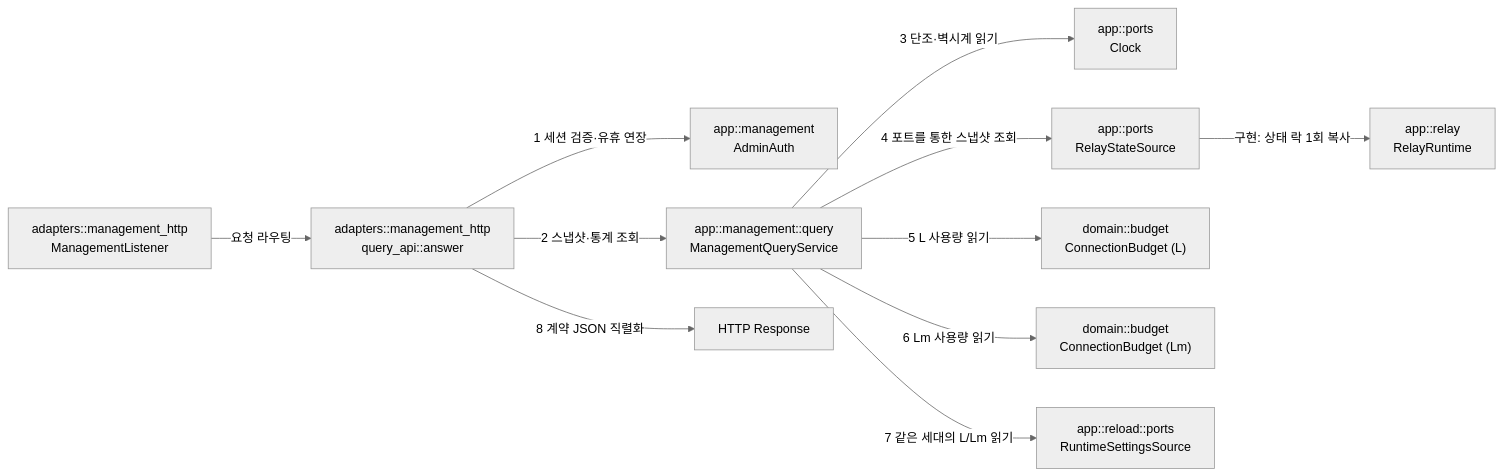
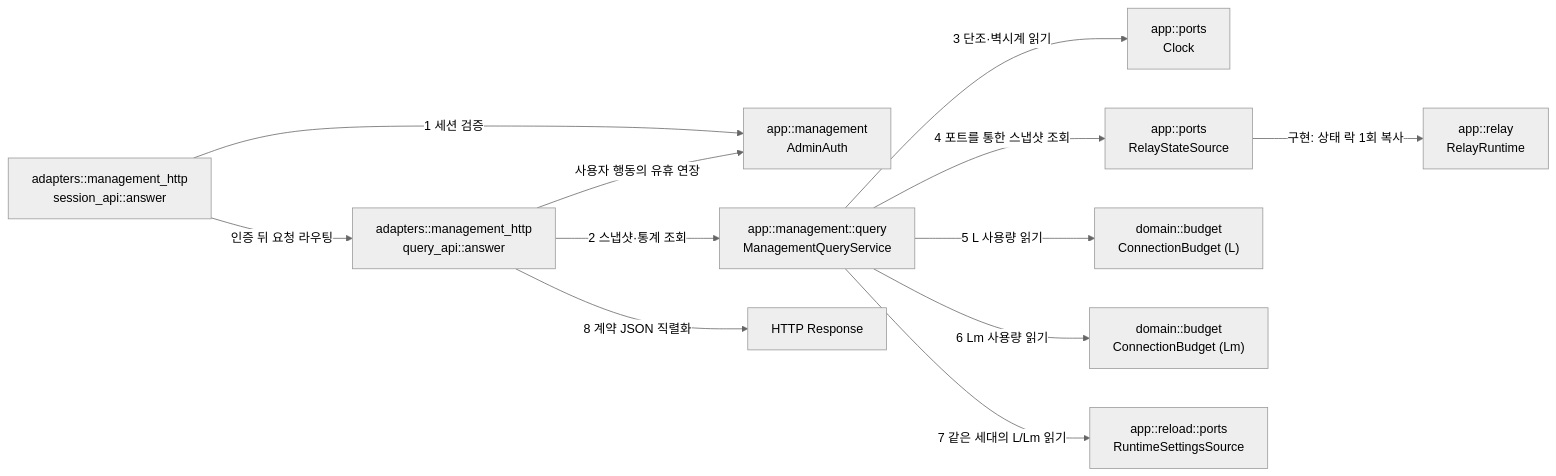
Before and after one commit to kayden-kim/vnc-relay: the diagram in docs/architectures/management-query.md, drawn with Mermaid (neutral theme). The commit also changed other lines of this file and 92 other files, not shown here.

````diff
--- a/docs/architectures/management-query.md
+++ b/docs/architectures/management-query.md
@@ -68,13 +46,14 @@
 ```mermaid
 flowchart LR
-    ML["adapters::management_http<br/>ManagementListener"] -->|"요청 라우팅"| QA["adapters::management_http<br/>query_api::answer"]
-    QA -->|"1 세션 검증·유휴 연장"| AUTH["app::management<br/>AdminAuth"]
+    ML["adapters::management_http<br/>session_api::answer"] -->|"1 세션 검증"| AUTH["app::management<br/>AdminAuth"]
+    ML -->|"인증 뒤 요청 라우팅"| QA["adapters::management_http<br/>query_api::answer"]
+    QA -->|"사용자 행동의 유휴 연장"| AUTH
     QA -->|"2 스냅샷·통계 조회"| QS["app::management::query<br/>ManagementQueryService"]
     QS -->|"3 단조·벽시계 읽기"| CLK["app::ports<br/>Clock"]
     QS -->|"4 포트를 통한 스냅샷 조회"| RS["app::ports<br/>RelayStateSource"]
     RS -->|"구현: 상태 락 1회 복사"| RT["app::relay<br/>RelayRuntime"]
     QS -->|"5 L 사용량 읽기"| RB["domain::budget<br/>ConnectionBudget (L)"]
     QS -->|"6 Lm 사용량 읽기"| AB["domain::budget<br/>ConnectionBudget (Lm)"]
     QS -->|"7 같은 세대의 L/Lm 읽기"| CFG["app::reload::ports<br/>RuntimeSettingsSource"]
     QA -->|"8 계약 JSON 직렬화"| RES["HTTP Response"]
 ```
````
